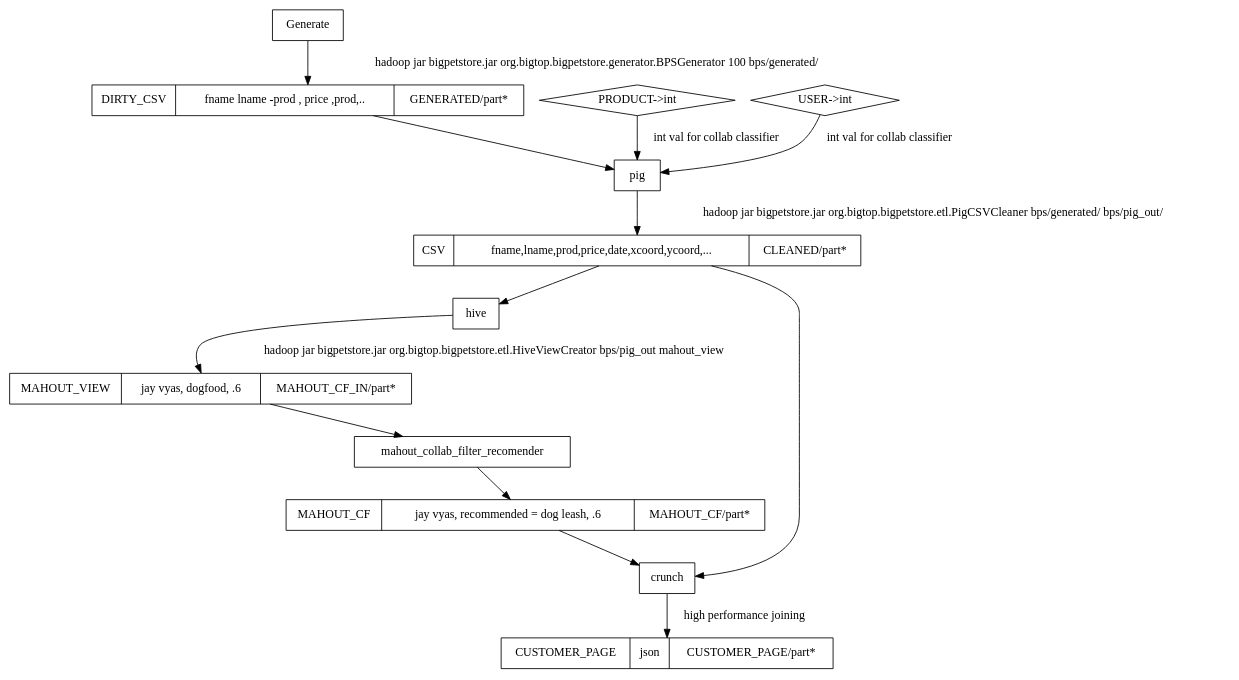
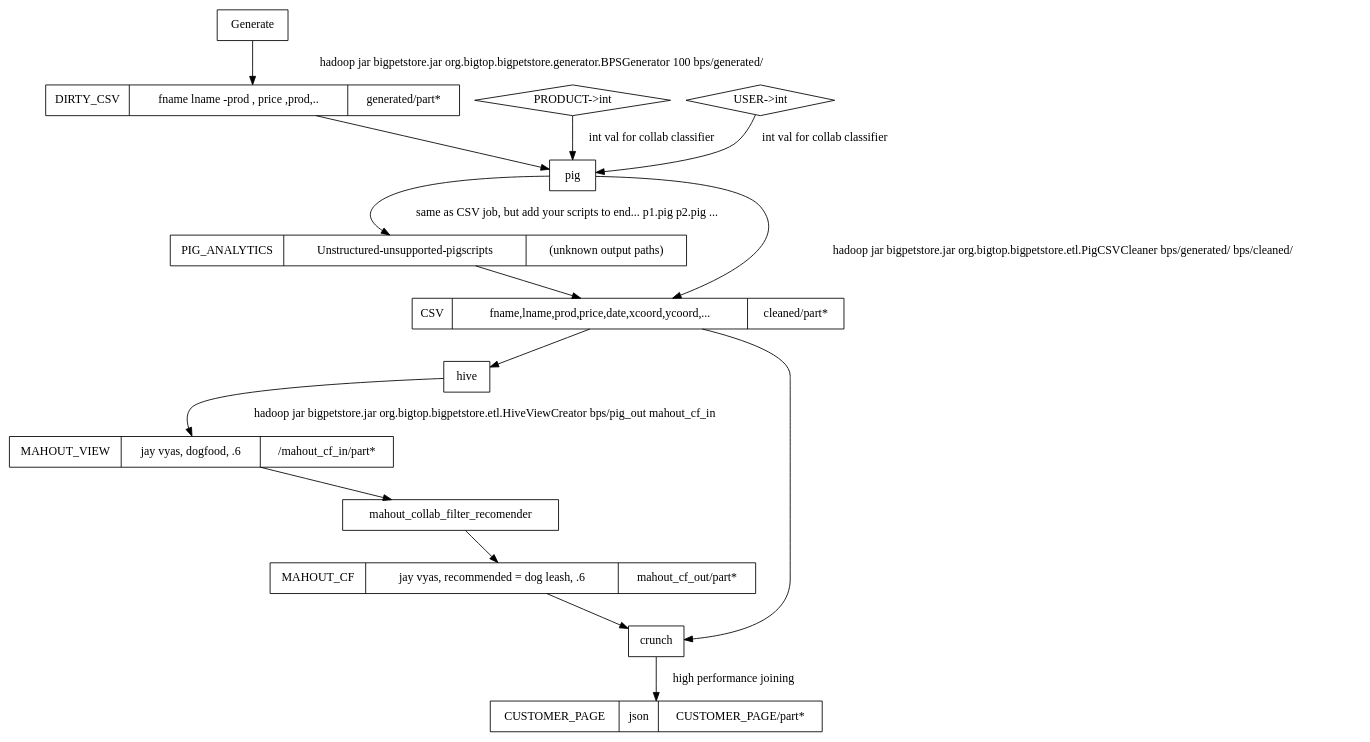
One commit to jayunit100/bigpetstore changed the diagram in arch.dot. Above: the diagram before and after it, drawn with Graphviz. The commit also changed 9 other files, not shown here.

Commit message:
BPS Pig Analytics in amodular script anyone can extend at runtime

```diff
--- a/arch.dot
+++ b/arch.dot
@@ -1,26 +1,31 @@
 digraph ethane {
 
    node [shape=record];
+
+   PIG_ANALYTICS [label="PIG_ANALYTICS|Unstructured-unsupported-pigscripts|(unknown output paths)"];
+
    CUSTOMER_PAGE [label="CUSTOMER_PAGE|json|CUSTOMER_PAGE/part*"];
-   DIRTY_CSV [label="DIRTY_CSV|fname   lname -prod , price ,prod,..|GENERATED/part*"];
-   CSV [label="CSV|fname,lname,prod,price,date,xcoord,ycoord,...|CLEANED/part*"];
-   MAHOUT_VIEW_INPUT [label="MAHOUT_VIEW  | jay vyas, dogfood, .6 | MAHOUT_CF_IN/part*" ];
-   MAHOUT_CF [label="MAHOUT_CF  | jay vyas, recommended = dog leash, .6 | MAHOUT_CF/part*" ];
+   DIRTY_CSV [label="DIRTY_CSV|fname   lname -prod , price ,prod,..|generated/part*"];
+   CSV [label="CSV|fname,lname,prod,price,date,xcoord,ycoord,...|cleaned/part*"];
+   MAHOUT_VIEW_INPUT [label="MAHOUT_VIEW  | jay vyas, dogfood, .6 |  <hive_warehouse>/mahout_cf_in/part*" ];
+   MAHOUT_CF [label="MAHOUT_CF  | jay vyas, recommended = dog leash, .6 | mahout_cf_out/part*" ];
    PROD_HASH [shape=diamond label="PRODUCT->int"];   
    USER_HASH [shape=diamond label="USER->int"];
 
    Generate -> DIRTY_CSV [label="hadoop jar bigpetstore.jar org.bigtop.bigpetstore.generator.BPSGenerator 100 bps/generated/"] ;
    DIRTY_CSV -> pig [label=""];  
    
-   pig -> CSV [label="hadoop jar bigpetstore.jar org.bigtop.bigpetstore.etl.PigCSVCleaner bps/generated/ bps/pig_out/"];
+   pig -> CSV [label="hadoop jar bigpetstore.jar org.bigtop.bigpetstore.etl.PigCSVCleaner bps/generated/ bps/cleaned/"];
+   pig -> PIG_ANALYTICS [label="same as CSV job, but add your scripts to end... p1.pig p2.pig ..."];
+   PIG_ANALYTICS -> CSV;
    PROD_HASH -> pig [label="int val for collab classifier"];
    USER_HASH -> pig  [label="int val for collab classifier"];
    
    CSV -> hive ; 
-   hive -> MAHOUT_VIEW_INPUT [label="hadoop jar bigpetstore.jar org.bigtop.bigpetstore.etl.HiveViewCreator bps/pig_out mahout_view"];          
-   MAHOUT_VIEW_INPUT -> mahout_collab_filter_recomender -> MAHOUT_CF ;
-   MAHOUT_CF  -> crunch
+   hive -> MAHOUT_VIEW_INPUT [label="hadoop jar bigpetstore.jar org.bigtop.bigpetstore.etl.HiveViewCreator bps/pig_out mahout_cf_in"];          
+   MAHOUT_VIEW_INPUT -> mahout_collab_filter_recomender  -> MAHOUT_CF;
+   MAHOUT_CF  -> crunch ;
    CSV -> crunch ; 
    crunch -> CUSTOMER_PAGE [label="high performance joining"];
 
 }
```
